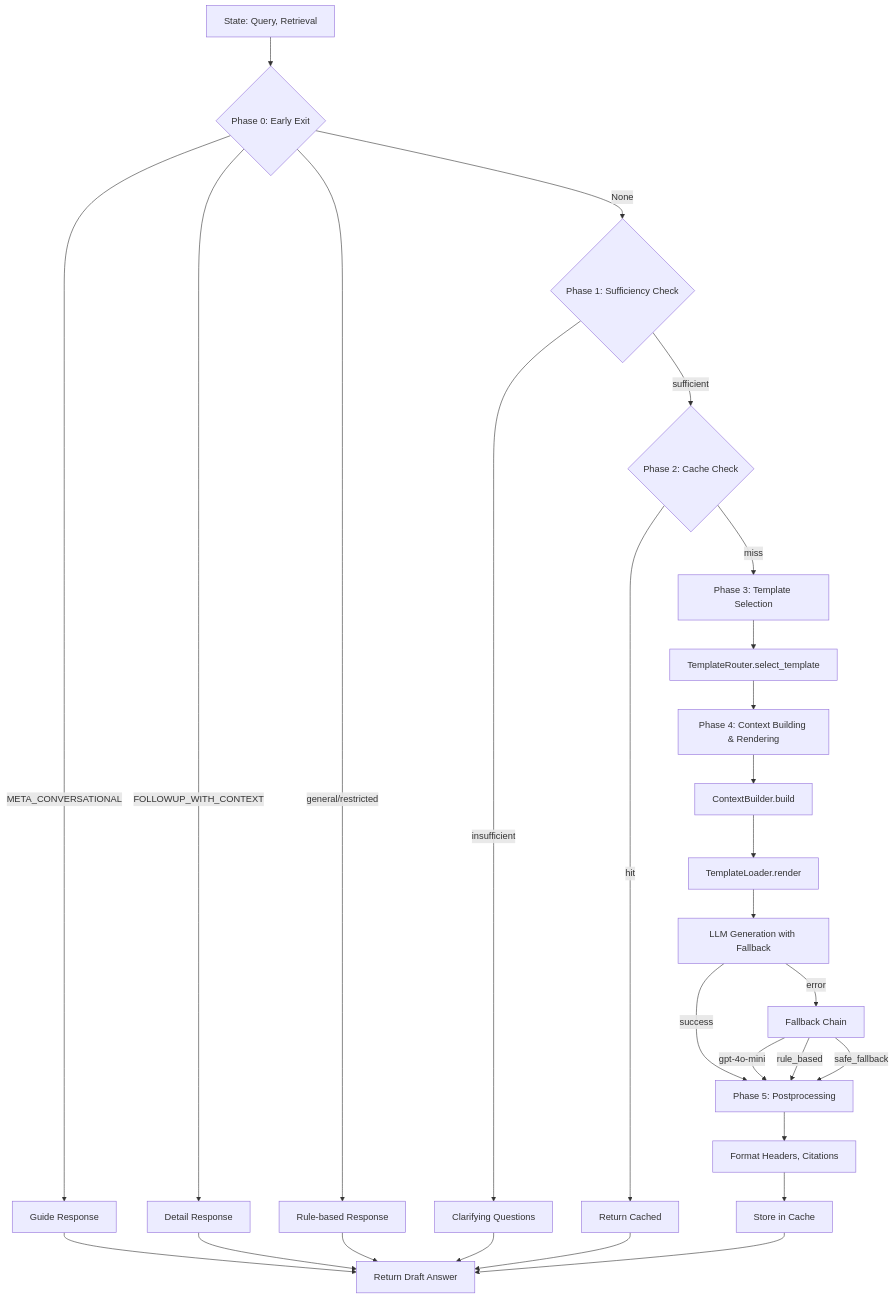
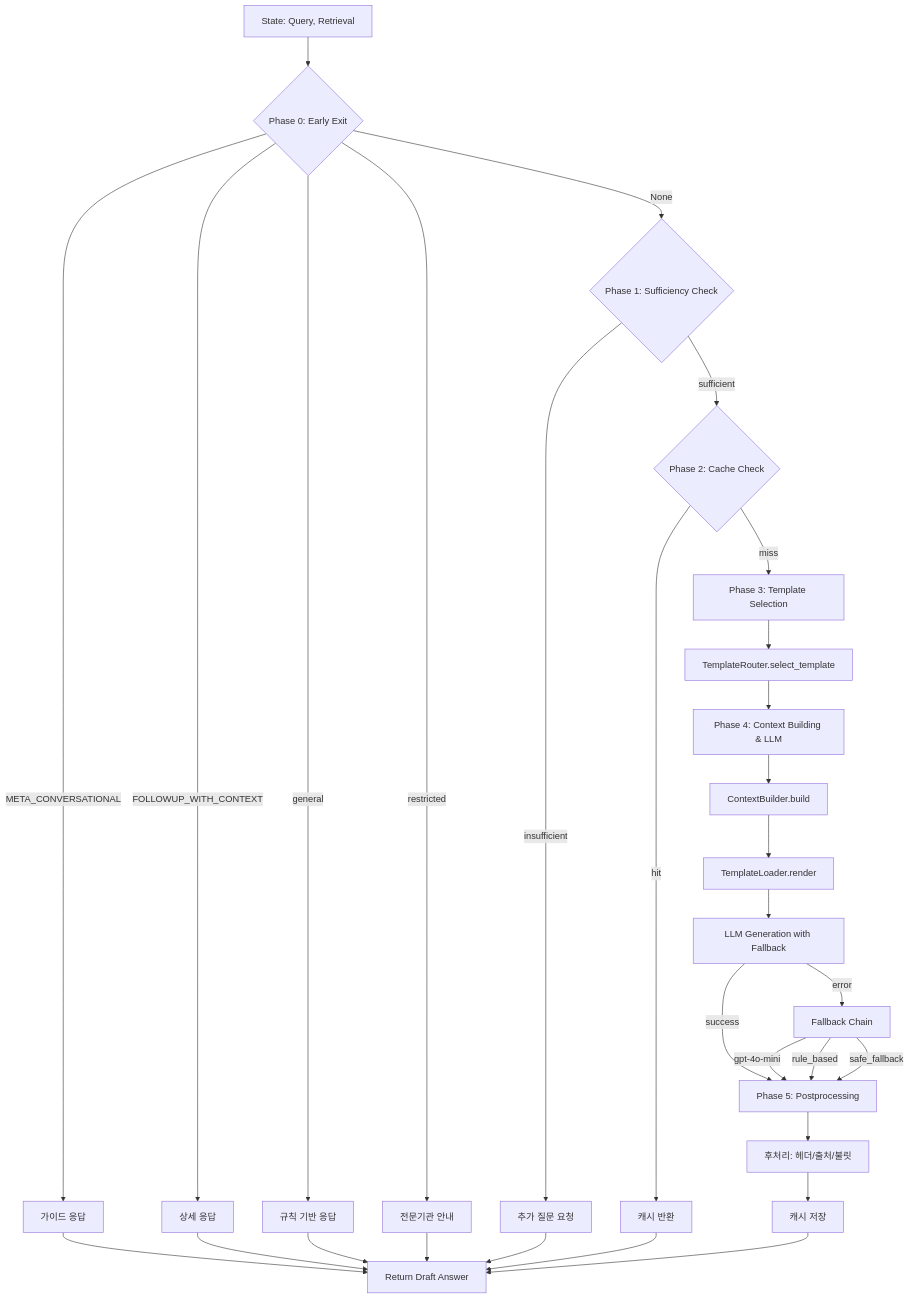
One commit to Maroco0109/Ddoksori changed the diagram in backend/app/agents/answer_generation/README.md. Above: the diagram before and after it, drawn with Mermaid. The commit also changed other lines of this file and 4 other files, not shown here.

````diff
--- a/backend/app/agents/answer_generation/README.md
+++ b/backend/app/agents/answer_generation/README.md
@@ -21,40 +23,42 @@
 ```mermaid
 flowchart TD
     Start[State: Query, Retrieval] --> Phase0{Phase 0: Early Exit}
 
-    Phase0 -- META_CONVERSATIONAL --> MetaResponse[Guide Response]
-    Phase0 -- FOLLOWUP_WITH_CONTEXT --> FollowupDetail[Detail Response]
-    Phase0 -- general/restricted --> RuleResponse[Rule-based Response]
+    Phase0 -- META_CONVERSATIONAL --> MetaResponse[가이드 응답]
+    Phase0 -- FOLLOWUP_WITH_CONTEXT --> FollowupDetail[상세 응답]
+    Phase0 -- general --> RuleResponse[규칙 기반 응답]
+    Phase0 -- restricted --> SpecialistResponse[전문기관 안내]
     Phase0 -- None --> Phase1
 
-    Phase1{Phase 1: Sufficiency Check} -- insufficient --> InsufficientMsg[Clarifying Questions]
+    Phase1{Phase 1: Sufficiency Check} -- insufficient --> InsufficientMsg[추가 질문 요청]
     Phase1 -- sufficient --> Phase2
 
-    Phase2{Phase 2: Cache Check} -- hit --> CachedAnswer[Return Cached]
+    Phase2{Phase 2: Cache Check} -- hit --> CachedAnswer[캐시 반환]
     Phase2 -- miss --> Phase3
 
     Phase3[Phase 3: Template Selection]
     Phase3 --> Router[TemplateRouter.select_template]
-    Router --> Phase4[Phase 4: Context Building & Rendering]
+    Router --> Phase4[Phase 4: Context Building & LLM]
 
     Phase4 --> ContextBuilder[ContextBuilder.build]
     ContextBuilder --> TemplateLoader[TemplateLoader.render]
     TemplateLoader --> LLMGen[LLM Generation with Fallback]
 
     LLMGen -- success --> Phase5[Phase 5: Postprocessing]
     LLMGen -- error --> FallbackChain[Fallback Chain]
 
     FallbackChain -- gpt-4o-mini --> Phase5
     FallbackChain -- rule_based --> Phase5
     FallbackChain -- safe_fallback --> Phase5
 
-    Phase5 --> Postprocessor[Format Headers, Citations]
-    Postprocessor --> CacheStore[Store in Cache]
+    Phase5 --> Postprocessor[후처리: 헤더/출처/불릿]
+    Postprocessor --> CacheStore[캐시 저장]
     CacheStore --> Output[Return Draft Answer]
 
     MetaResponse --> Output
     FollowupDetail --> Output
     RuleResponse --> Output
+    SpecialistResponse --> Output
     InsufficientMsg --> Output
     CachedAnswer --> Output
 ```
````
